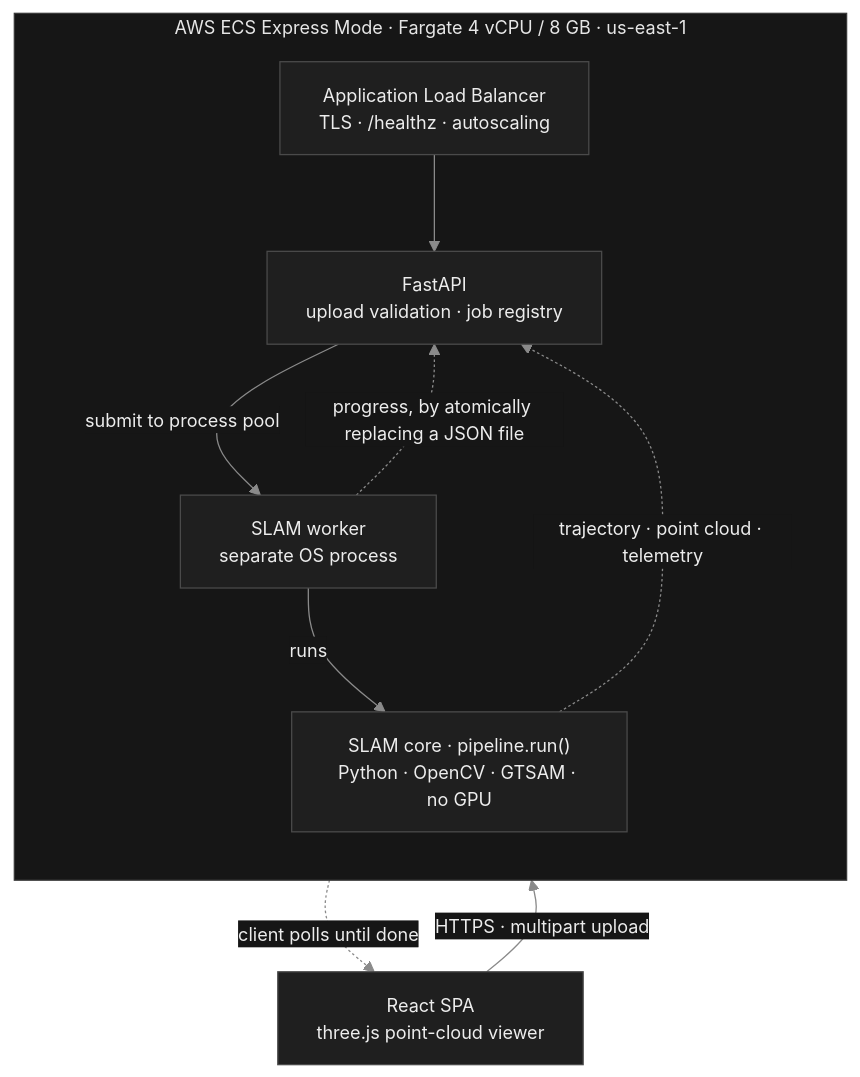
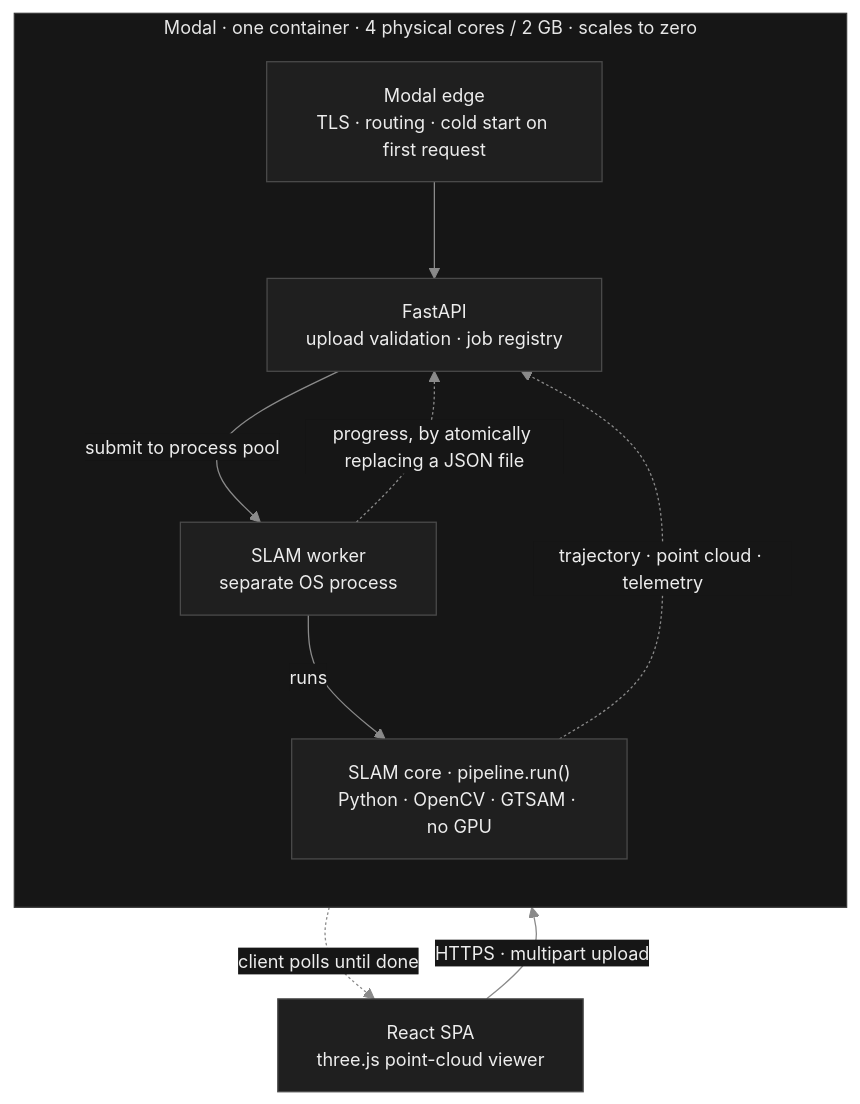
The second of 2 diagrams in README.md (muditagrawal-alt/Monocular_RGB_Sparse_Point_Cloud_SLAM), drawn with Mermaid before and after one commit. The commit also changed other lines of this file and 1 other file, not shown here.

First line of the commit message:
deploy: move the service to Modal and re-measure

````diff
--- a/README.md
+++ b/README.md
@@ -342,27 +368,27 @@
 ```mermaid
 %%{init: {'theme':'base','themeVariables':{
 'primaryColor':'#1f1f1f','primaryTextColor':'#ededed','primaryBorderColor':'#4a4a4a',
 'lineColor':'#8a8a8a','secondaryColor':'#262626','tertiaryColor':'#191919',
 'clusterBkg':'#161616','clusterBorder':'#3a3a3a',
 'edgeLabelBackground':'#161616','fontSize':'14px'}}}%%
 flowchart TD
     spa["React SPA<br/>three.js point-cloud viewer"]
 
-    spa -->|"HTTPS · multipart upload"| alb
+    spa -->|"HTTPS · multipart upload"| edge
 
-    subgraph aws["AWS ECS Express Mode · Fargate 4 vCPU / 8 GB · us-east-1"]
+    subgraph modal["Modal · one container · 4 physical cores / 2 GB · scales to zero"]
         direction TB
-        alb["Application Load Balancer<br/>TLS · /healthz · autoscaling"]
+        edge["Modal edge<br/>TLS · routing · cold start on first request"]
         api["FastAPI<br/>upload validation · job registry"]
         worker["SLAM worker<br/>separate OS process"]
         core["SLAM core · pipeline.run()<br/>Python · OpenCV · GTSAM · no GPU"]
 
-        alb --> api
+        edge --> api
         api -->|"submit to process pool"| worker
         worker -->|"runs"| core
     end
 
     core -.->|"trajectory · point cloud · telemetry"| api
     worker -.->|"progress, by atomically replacing a JSON file"| api
     api -.->|"client polls until done"| spa
 ```
````
